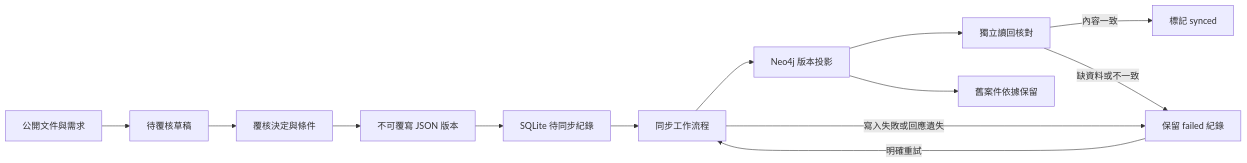
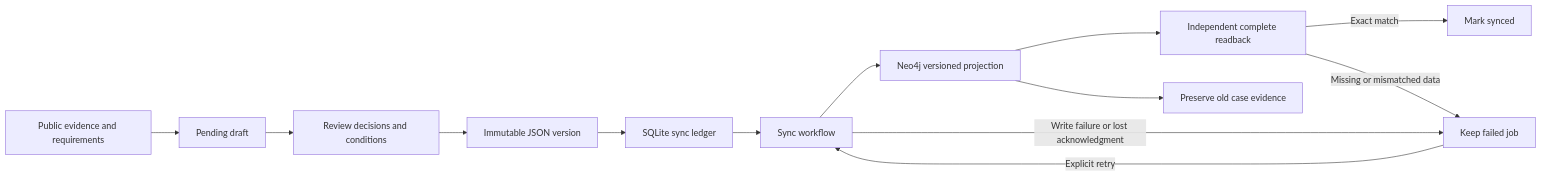
Before and after one commit to quietbranch88/bom-change-review: the second of 4 diagrams in docs/architecture.md, drawn with Mermaid. The commit also changed other lines of this file and 22 other files, not shown here.

Commit message:
docs: translate public documentation and diagrams

````diff
--- a/docs/architecture.md
+++ b/docs/architecture.md
@@ -31,15 +31,15 @@
 ```mermaid
 flowchart LR
-    A[公開文件與需求] --> B[待覆核草稿]
-    B --> C[覆核決定與條件]
-    C --> D[不可覆寫 JSON 版本]
-    D --> E[SQLite 待同步紀錄]
-    E --> F[同步工作流程]
-    F --> G[Neo4j 版本投影]
-    G --> H[獨立讀回核對]
-    H -->|內容一致| I[標記 synced]
-    F -->|寫入失敗或回應遺失| J[保留 failed 紀錄]
-    H -->|缺資料或不一致| J
-    J -->|明確重試| F
-    G --> K[舊案件依據保留]
+    A[Public evidence and requirements] --> B[Pending draft]
+    B --> C[Review decisions and conditions]
+    C --> D[Immutable JSON version]
+    D --> E[SQLite sync ledger]
+    E --> F[Sync workflow]
+    F --> G[Neo4j versioned projection]
+    G --> H[Independent complete readback]
+    H -->|Exact match| I[Mark synced]
+    F -->|Write failure or lost acknowledgment| J[Keep failed job]
+    H -->|Missing or mismatched data| J
+    J -->|Explicit retry| F
+    G --> K[Preserve old case evidence]
 ```
````
